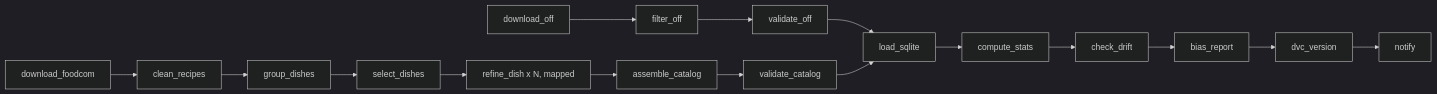
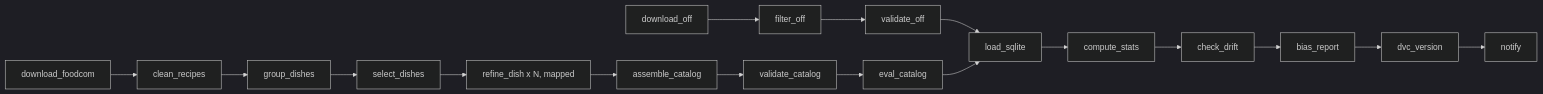
The diagram in data-pipeline/README.md (Anshkanungo/Pantry-Path), drawn with Mermaid (dark theme) before and after one commit. The commit also changed other lines of this file and 32 other files, not shown here.

First line of the commit message:
Add held-out evaluation sets, a shopping flowchart and English-only products

````diff
--- a/data-pipeline/README.md
+++ b/data-pipeline/README.md
@@ -27,9 +27,9 @@
 ```mermaid
 flowchart LR
   A[download_off] --> B[filter_off] --> C[validate_off]
   D[download_foodcom] --> E[clean_recipes] --> F[group_dishes] --> G[select_dishes]
-  G --> H[refine_dish x N, mapped] --> I[assemble_catalog] --> J[validate_catalog]
+  G --> H[refine_dish x N, mapped] --> I[assemble_catalog] --> J[validate_catalog] --> Q[eval_catalog]
   C --> K[load_sqlite]
-  J --> K
+  Q --> K
   K --> L[compute_stats] --> M[check_drift] --> N[bias_report] --> O[dvc_version] --> P[notify]
 ```
````
